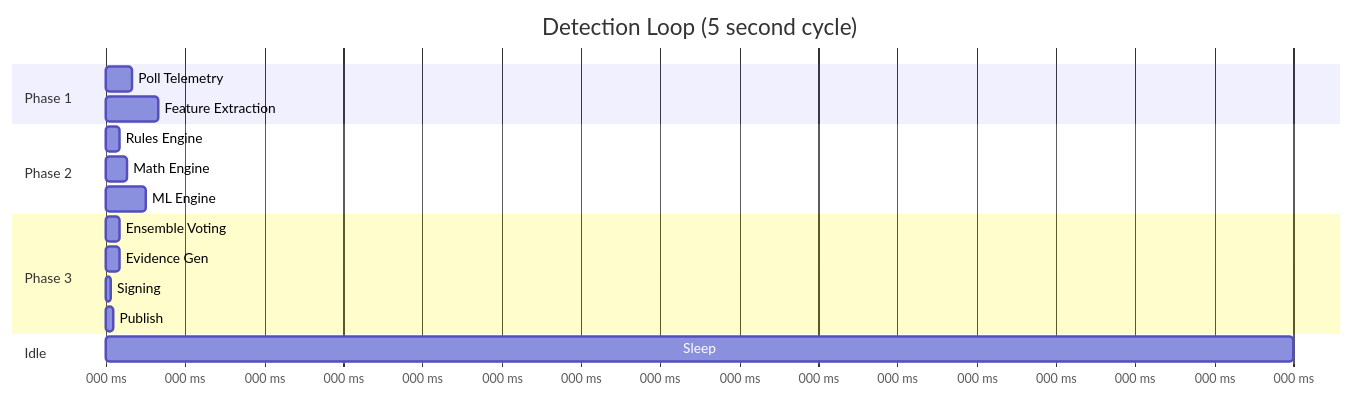
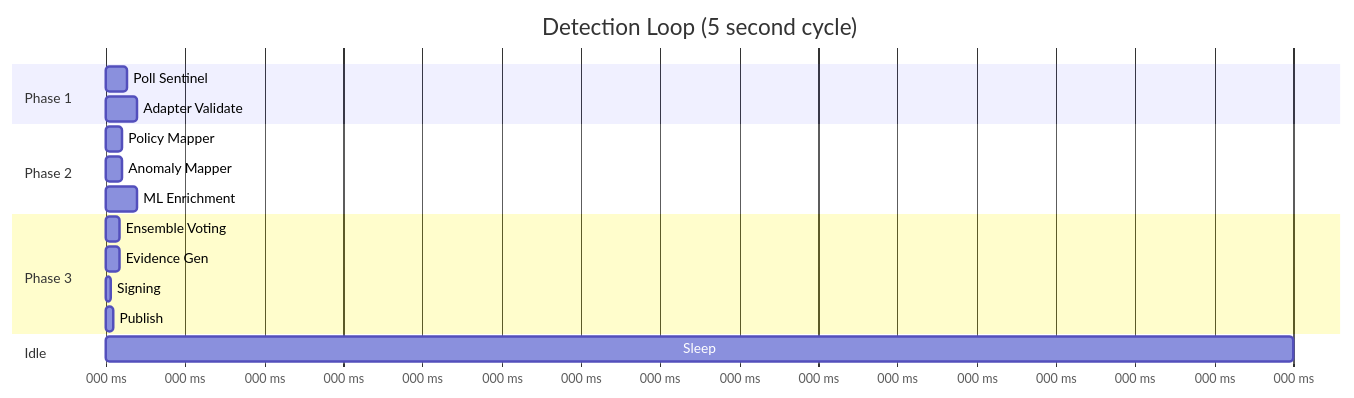
Before and after one commit to EveShark/CyberMesh: the third of 14 diagrams in docs/design/DATA_FLOW.md, drawn with Mermaid. The commit also changed other lines of this file and 49 other files, not shown here.

````diff
--- a/docs/design/DATA_FLOW.md
+++ b/docs/design/DATA_FLOW.md
@@ -121,24 +128,24 @@
 ```mermaid
 gantt
     title Detection Loop (5 second cycle)
     dateFormat X
     axisFormat %L ms
     
     section Phase 1
-    Poll Telemetry     :0, 100
-    Feature Extraction :100, 200
-    
+    Poll Sentinel      :0, 80
+    Adapter Validate   :80, 120
+
     section Phase 2
-    Rules Engine       :200, 50
-    Math Engine        :200, 80
-    ML Engine          :200, 150
+    Policy Mapper      :200, 60
+    Anomaly Mapper     :200, 60
+    ML Enrichment      :200, 120
     
     section Phase 3
     Ensemble Voting    :350, 50
     Evidence Gen       :400, 50
     Signing            :450, 20
     Publish            :470, 30
     
     section Idle
     Sleep              :500, 4500
 ```
````
